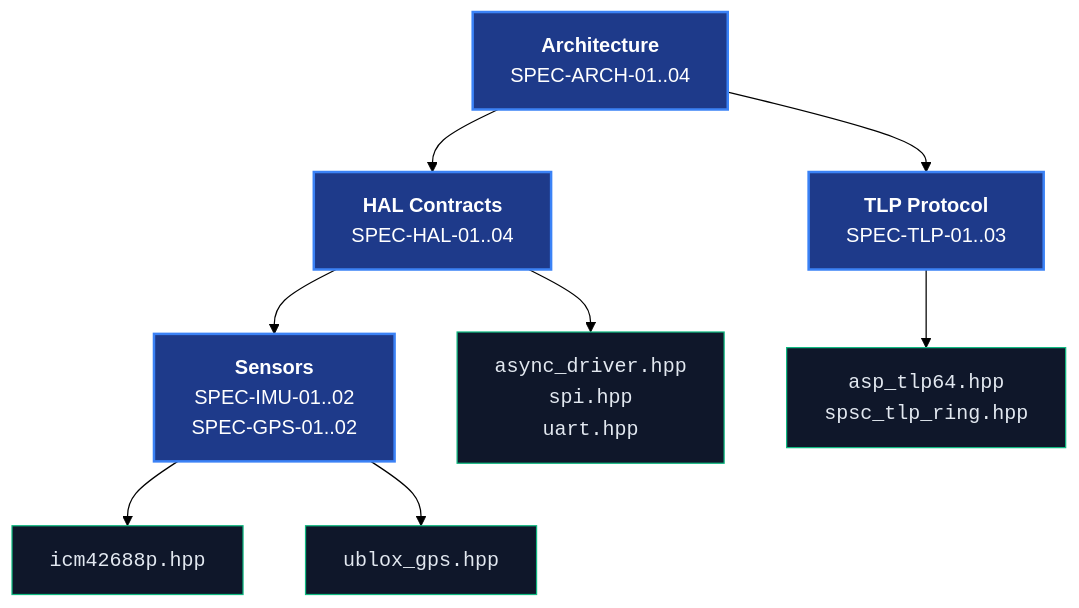
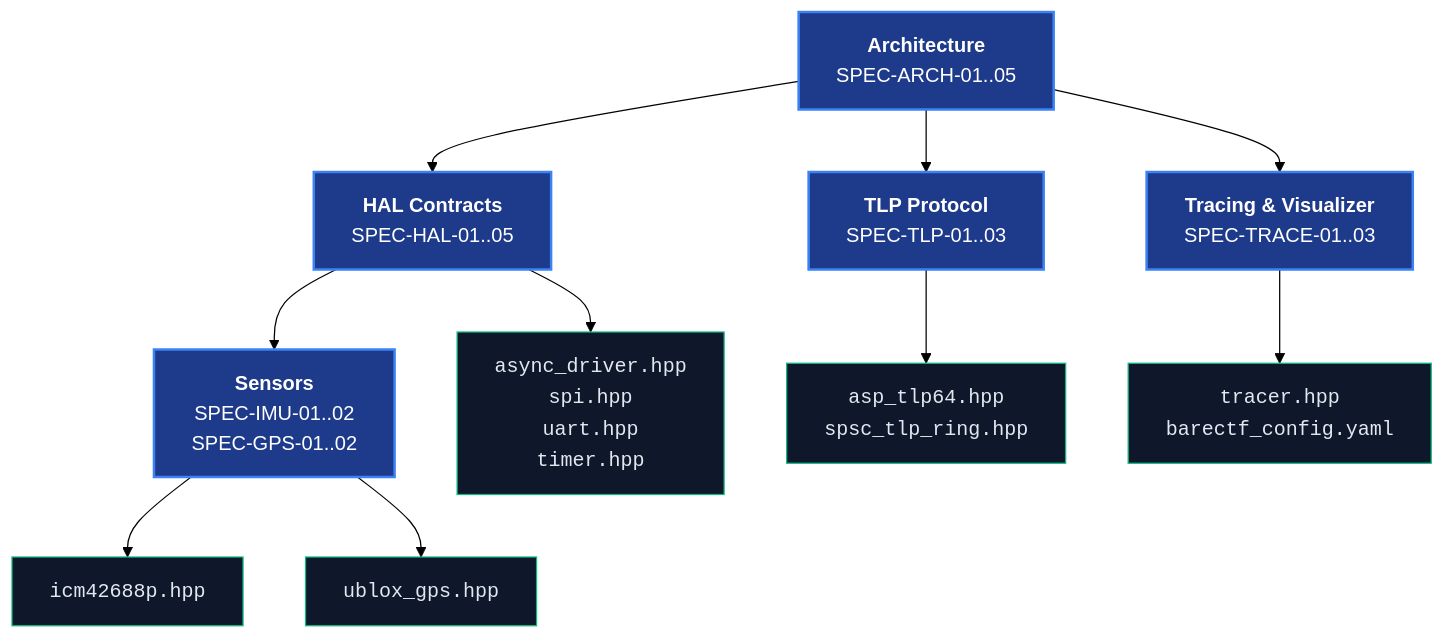
One commit to tcmichals/AbstractX changed the diagram in docs/DESIGN_SPECIFICATION.md. Above: the diagram before and after it, drawn with Mermaid (forest theme). The commit also changed other lines of this file and 8 other files, not shown here.

First line of the commit message:
feat(trace): add barectf CTF tracing subsystem, visualizer architecture, and E907 512K SRAM+DRAM linker

````diff
--- a/docs/DESIGN_SPECIFICATION.md
+++ b/docs/DESIGN_SPECIFICATION.md
@@ -104,16 +123,18 @@
 ```mermaid
 graph TD
-    SPEC_ARCH["<b>Architecture</b><br/>SPEC-ARCH-01..04"] --> SPEC_HAL["<b>HAL Contracts</b><br/>SPEC-HAL-01..04"]
+    SPEC_ARCH["<b>Architecture</b><br/>SPEC-ARCH-01..05"] --> SPEC_HAL["<b>HAL Contracts</b><br/>SPEC-HAL-01..05"]
     SPEC_ARCH --> SPEC_TLP["<b>TLP Protocol</b><br/>SPEC-TLP-01..03"]
     SPEC_HAL --> SPEC_SENSORS["<b>Sensors</b><br/>SPEC-IMU-01..02<br/>SPEC-GPS-01..02"]
+    SPEC_ARCH --> SPEC_TRACE["<b>Tracing & Visualizer</b><br/>SPEC-TRACE-01..03"]
     
     SPEC_SENSORS --> CODE_IMU["<code>icm42688p.hpp</code>"]
     SPEC_SENSORS --> CODE_GPS["<code>ublox_gps.hpp</code>"]
-    SPEC_HAL --> CODE_HAL["<code>async_driver.hpp</code><br/><code>spi.hpp</code><br/><code>uart.hpp</code>"]
+    SPEC_HAL --> CODE_HAL["<code>async_driver.hpp</code><br/><code>spi.hpp</code><br/><code>uart.hpp</code><br/><code>timer.hpp</code>"]
     SPEC_TLP --> CODE_TLP["<code>asp_tlp64.hpp</code><br/><code>spsc_tlp_ring.hpp</code>"]
+    SPEC_TRACE --> CODE_TRACE["<code>tracer.hpp</code><br/><code>barectf_config.yaml</code>"]
     
     classDef specBox fill:#1e3a8a,stroke:#3b82f6,stroke-width:2px,color:#ffffff;
     classDef codeBox fill:#0f172a,stroke:#10b981,stroke-width:1px,color:#e2e8f0;
-    class SPEC_ARCH,SPEC_HAL,SPEC_TLP,SPEC_SENSORS specBox;
-    class CODE_IMU,CODE_GPS,CODE_HAL,CODE_TLP codeBox;
+    class SPEC_ARCH,SPEC_HAL,SPEC_TLP,SPEC_SENSORS,SPEC_TRACE specBox;
+    class CODE_IMU,CODE_GPS,CODE_HAL,CODE_TLP,CODE_TRACE codeBox;
 ```
````
